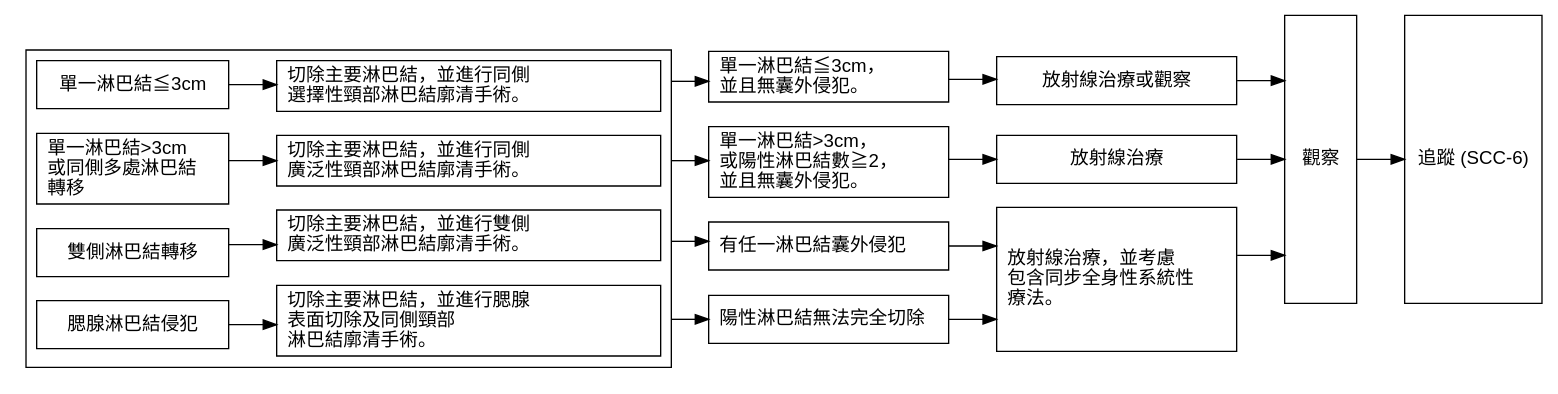
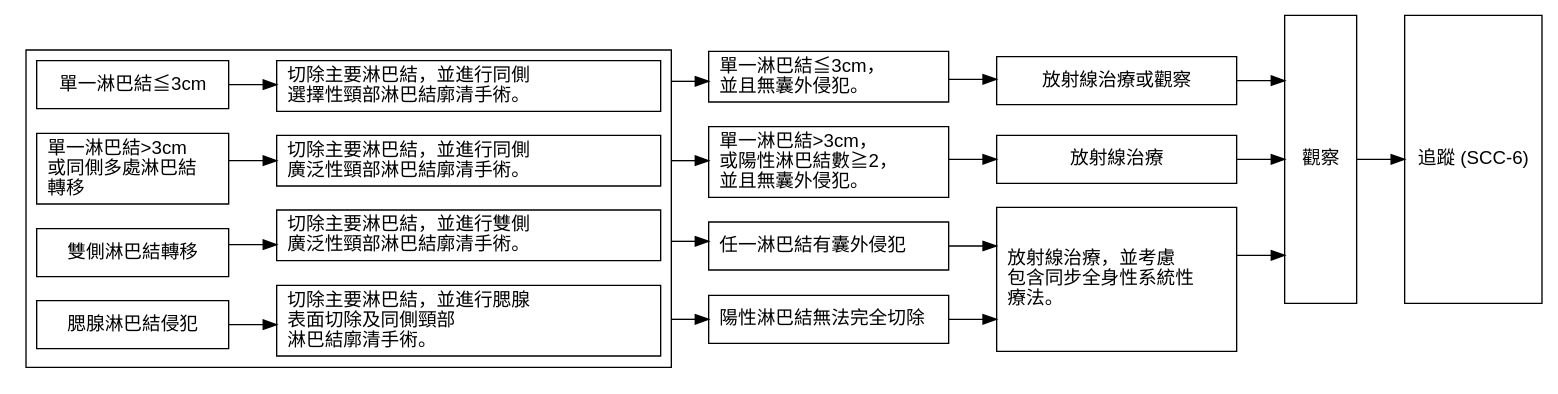
The diagram in SCC.5.gv (gnayyc/SkinCancerGuidelineDiagram), drawn with Graphviz before and after one commit. The commit also changed 4 other files, not shown here.

```diff
--- a/SCC.5.gv
+++ b/SCC.5.gv
@@ -1,47 +1,47 @@
 digraph {
   compound=true;
 
   graph [rankdir = LR; splines=ortho; overlap=false]
   node [shape = box, fontname = Helvetica]
 
   subgraph cluster1 {
     ln1 -> tx1
     ln2 -> tx2
     ln3 -> tx3
     ln4 -> tx4
 		label = "";
 	}
 	
 	tx1 -> p1 [ltail=cluster1];
 	tx2 -> p2 [ltail=cluster1];
 	tx3 -> p3 [ltail=cluster1];
 	tx4 -> p4 [ltail=cluster1];
 	
 	p1 -> r1
 	p2 -> r2
 	{p3 p4} -> r3
 	
 	{r1 r2 r3} -> obs -> fu
 	
 	ln1 [label="單一淋巴結≦3cm"; width = 2]
 	ln2 [label="單一淋巴結>3cm\l或同側多處淋巴結\l轉移\l"; width = 2]
 	ln3 [label="雙側淋巴結轉移"; width = 2]
 	ln4 [label="腮腺淋巴結侵犯"; width = 2]
 	
 	tx1 [label = "切除主要淋巴結，並進行同側\l選擇性頸部淋巴結廓清手術。\l"; width=4]
 	tx2 [label = "切除主要淋巴結，並進行同側\l廣泛性頸部淋巴結廓清手術。\l"; width=4]
 	tx3 [label = "切除主要淋巴結，並進行雙側\l廣泛性頸部淋巴結廓清手術。\l"; width=4]
 	tx4 [label = "切除主要淋巴結，並進行腮腺\l表面切除及同側頸部\l淋巴結廓清手術。\l"; width=4]
 	
 	p1 [label = "單一淋巴結≦3cm，\l並且無囊外侵犯。\l"; width=2.5]
 	p2 [label = "單一淋巴結>3cm，\l或陽性淋巴結數≧2，\l並且無囊外侵犯。\l"; width=2.5]
-	p3 [label = "有任一淋巴結囊外侵犯\l"; width=2.5]
+	p3 [label = "任一淋巴結有囊外侵犯\l"; width=2.5]
 	p4 [label = "陽性淋巴結無法完全切除\l"; width=2.5]
 
   r1 [label = 放射線治療或觀察; width = 2.5]
   r2 [label = 放射線治療; width = 2.5]
   r3 [label = "放射線治療，並考慮\l包含同步全身性系統性\l療法。\l"; width = 2.5; height=1.5]
   
   obs [label = "觀察"; height = 3]
   fu [label = "追蹤 (SCC-6)"; height = 3]
   }
```
